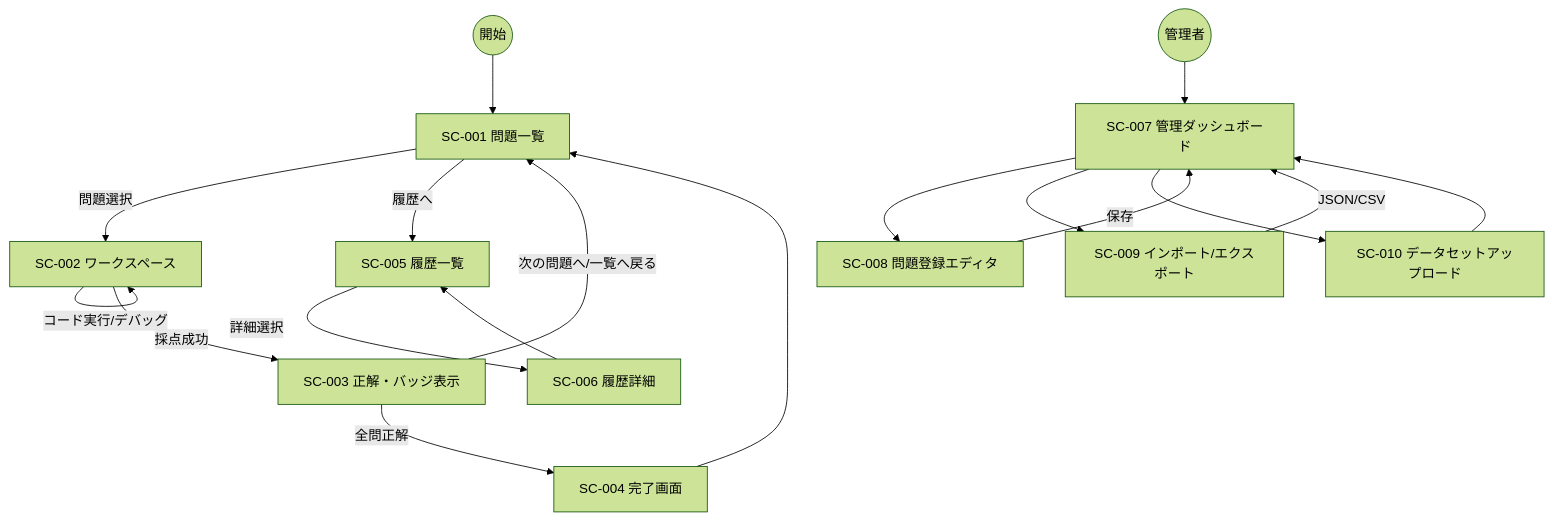
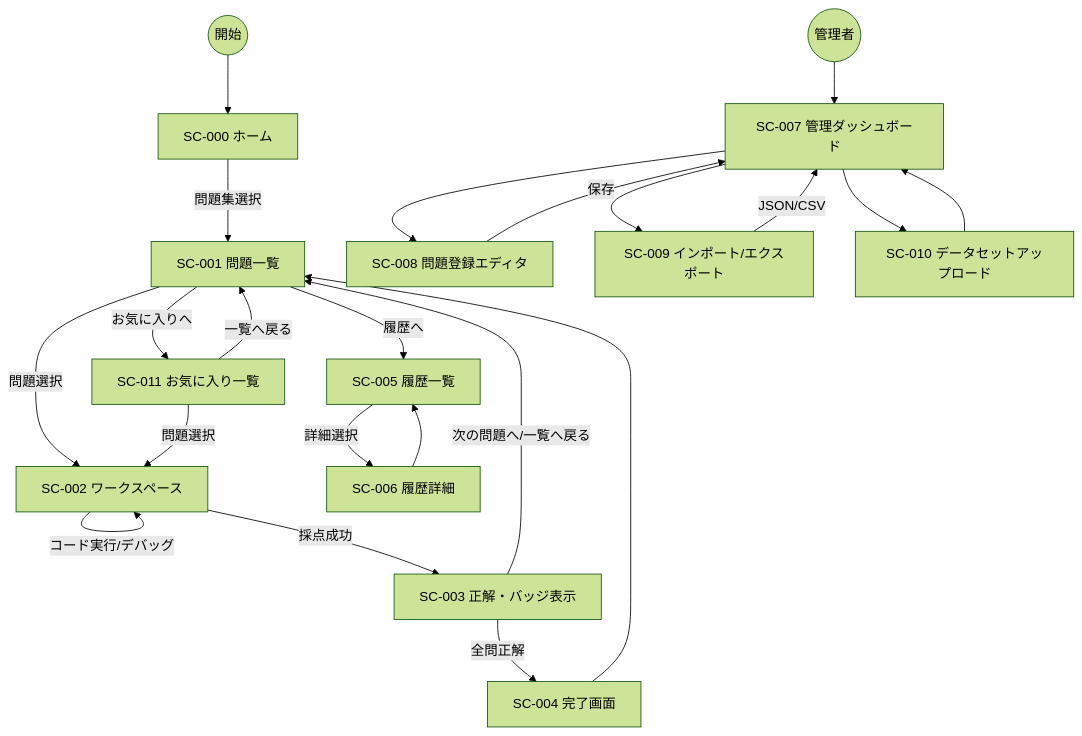
One commit to iizukah/py-value changed the diagram in docs/01_specs/04_ui_ux/UX-01_screens.md. Above: the diagram before and after it, drawn with Mermaid (forest theme). The commit also changed other lines of this file and 15 other files, not shown here.

````diff
--- a/docs/01_specs/04_ui_ux/UX-01_screens.md
+++ b/docs/01_specs/04_ui_ux/UX-01_screens.md
@@ -42,22 +45,26 @@
 ```mermaid
 flowchart TD
-  Start((開始)) --> SC001[SC-001 問題一覧]
+  Start((開始)) --> SC000[SC-000 ホーム]
+  SC000 -->|問題集選択| SC001[SC-001 問題一覧]
   SC001 -->|問題選択| SC002[SC-002 ワークスペース]
+  SC001 -->|お気に入りへ| SC011[SC-011 お気に入り一覧]
+  SC011 -->|問題選択| SC002
+  SC011 -->|一覧へ戻る| SC001
   SC002 -->|コード実行/デバッグ| SC002
   SC002 -->|採点成功| SC003[SC-003 正解・バッジ表示]
   SC003 -->|次の問題へ/一覧へ戻る| SC001
   SC003 -->|全問正解| SC004[SC-004 完了画面]
   SC004 --> SC001
 
   SC001 -->|履歴へ| SC005[SC-005 履歴一覧]
   SC005 -->|詳細選択| SC006[SC-006 履歴詳細]
   SC006 --> SC005
 
   AdminStart((管理者)) --> SC007[SC-007 管理ダッシュボード]
   SC007 --> SC008[SC-008 問題登録エディタ]
   SC007 --> SC009[SC-009 インポート/エクスポート]
   SC007 --> SC010[SC-010 データセットアップロード]
   SC008 -->|保存| SC007
   SC009 -->|JSON/CSV| SC007
   SC010 --> SC007
 ```
````
